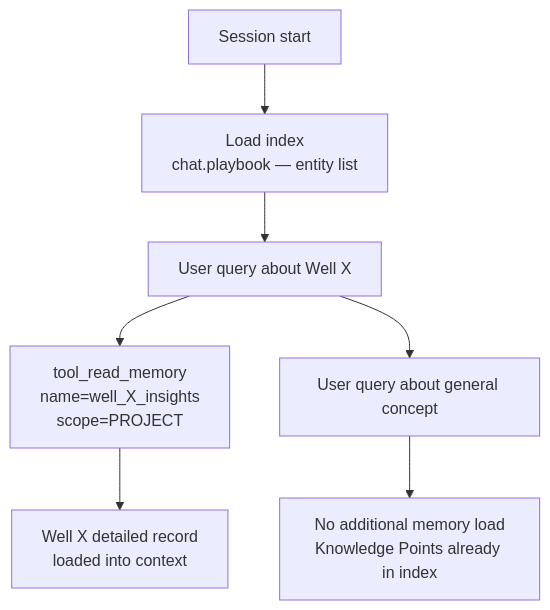
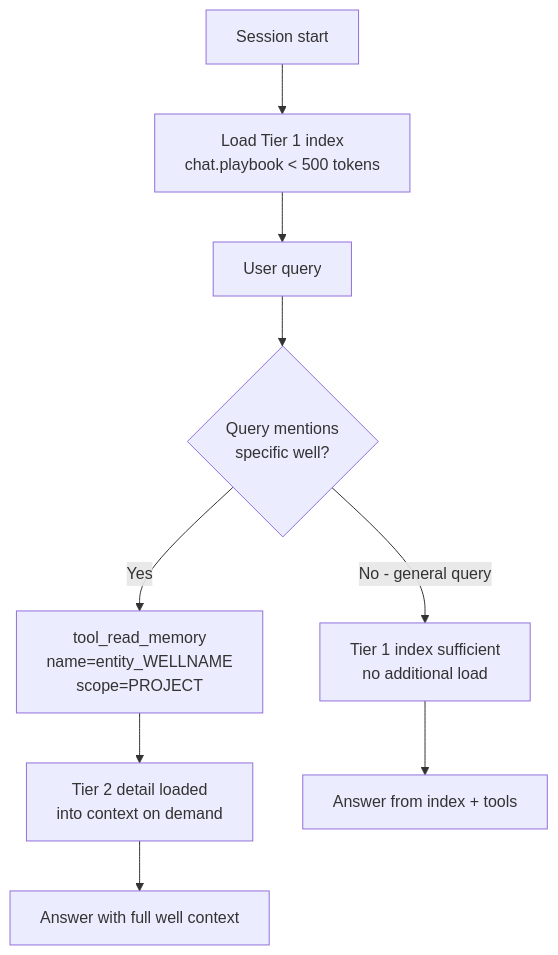
The fourth of 5 diagrams in memory-gap-analysis.md (wiedersehne/Ida-arch), drawn with Mermaid before and after one commit. The commit also changed other lines of this file, not shown here.

````diff
--- a/memory-gap-analysis.md
+++ b/memory-gap-analysis.md
@@ -276,9 +264,11 @@
 ```mermaid
 flowchart TD
-    A[Session start] --> B[Load index\nchat.playbook — entity list]
-    B --> C[User query about Well X]
-    C --> D[tool_read_memory\nname=well_X_insights\nscope=PROJECT]
-    D --> E[Well X detailed record\nloaded into context]
-    C --> F[User query about general concept]
-    F --> G[No additional memory load\nKnowledge Points already in index]
+    A[Session start] --> B[Load Tier 1 index\nchat.playbook < 500 tokens]
+    B --> C[User query]
+    C --> D{Query mentions\nspecific well?}
+    D -->|Yes| E[tool_read_memory\nname=entity_WELLNAME\nscope=PROJECT]
+    E --> F[Tier 2 detail loaded\ninto context on demand]
+    D -->|No - general query| G[Tier 1 index sufficient\nno additional load]
+    F --> H[Answer with full well context]
+    G --> I[Answer from index + tools]
 ```
````
